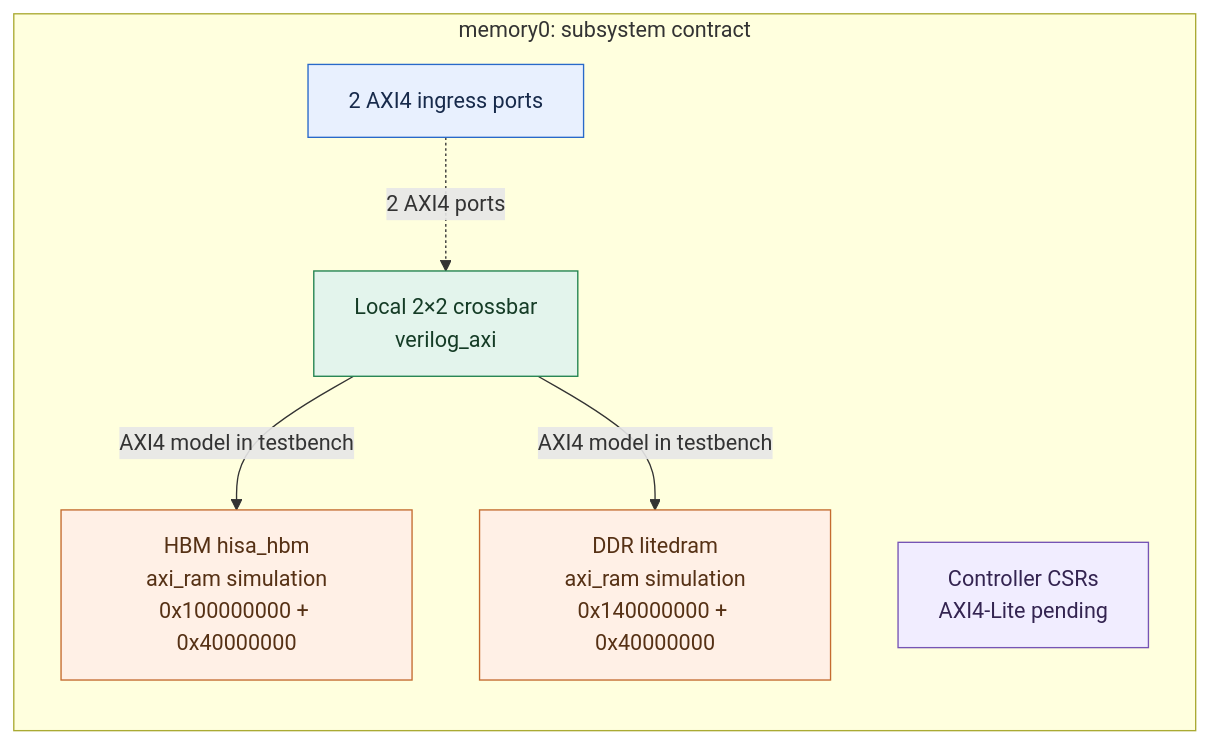
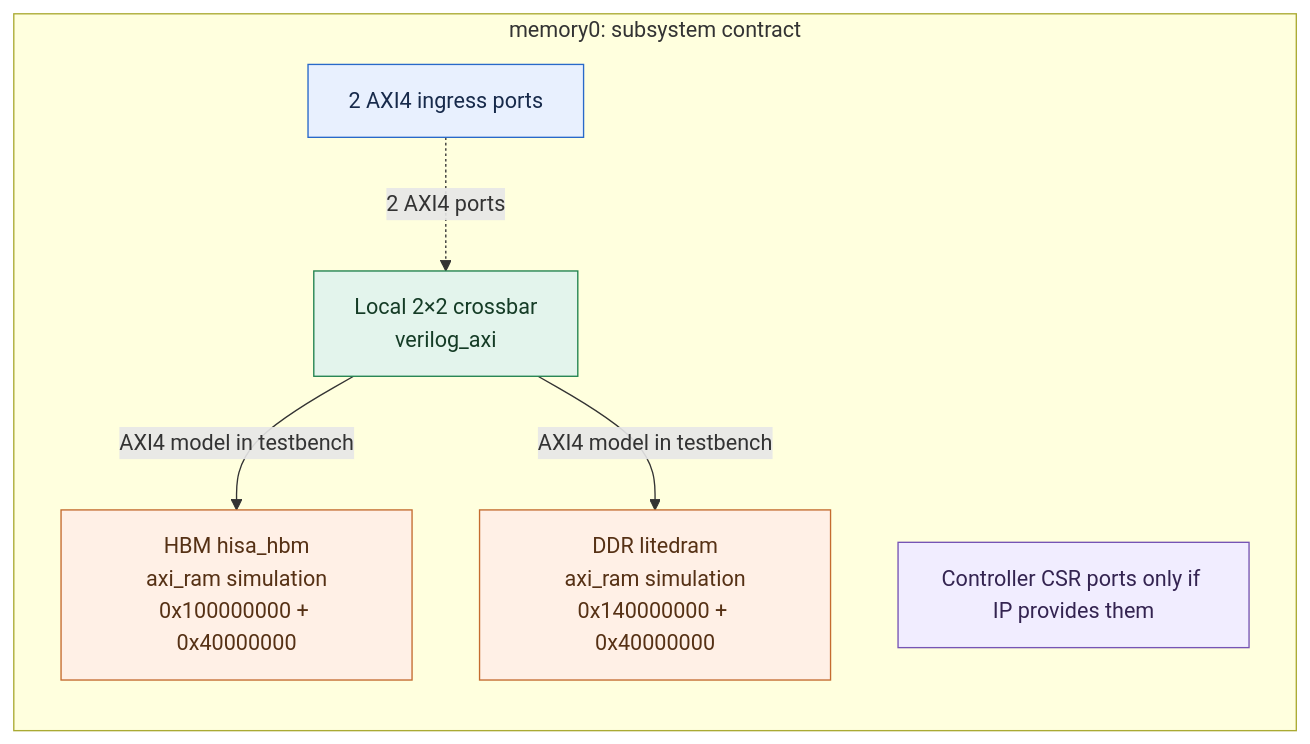
One commit to r987r/xezim-hello-world changed the diagram in gen/diagrams/subsystems/memory0.mmd. Above: the diagram before and after it, drawn with Mermaid. The commit also changed 34 other files, not shown here.

```diff
--- a/gen/diagrams/subsystems/memory0.mmd
+++ b/gen/diagrams/subsystems/memory0.mmd
@@ -1,19 +1,19 @@
 flowchart TB
   classDef cpu fill:#e8f0fe,stroke:#2869c9,color:#172a4b,stroke-width:1px;
   classDef dma fill:#e7f2ff,stroke:#2869c9,color:#172a4b,stroke-width:1px;
   classDef fabric fill:#e3f4ec,stroke:#20824e,color:#153c26,stroke-width:1px;
   classDef memory fill:#fff0e6,stroke:#c46b2f,color:#563115,stroke-width:1px;
   classDef config fill:#f1edff,stroke:#7654b5,color:#342451,stroke-width:1px;
   classDef verification fill:#e3f4ec,stroke:#20824e,color:#153c26,stroke-width:1px;
   classDef model fill:#f2f2f2,stroke:#888888,color:#333333,stroke-width:1px;
   subgraph memory0_subsystem["memory0: subsystem contract"]
     direction TB
     memory0_ingress["2 AXI4 ingress ports"]:::cpu
     memory0_data["Local 2×2 crossbar<br/>verilog_axi"]:::fabric
-    memory0_config["Controller CSRs<br/>AXI4-Lite pending"]:::config
+    memory0_config["Controller CSR ports only if IP provides them"]:::config
     memory0_hbm0["HBM hisa_hbm<br/>axi_ram simulation<br/>0x100000000 + 0x40000000"]:::memory
     memory0_ddr0["DDR litedram<br/>axi_ram simulation<br/>0x140000000 + 0x40000000"]:::memory
   end
   memory0_ingress -.->|2 AXI4 ports| memory0_data
   memory0_data -->|AXI4 model in testbench| memory0_hbm0
   memory0_data -->|AXI4 model in testbench| memory0_ddr0
```
